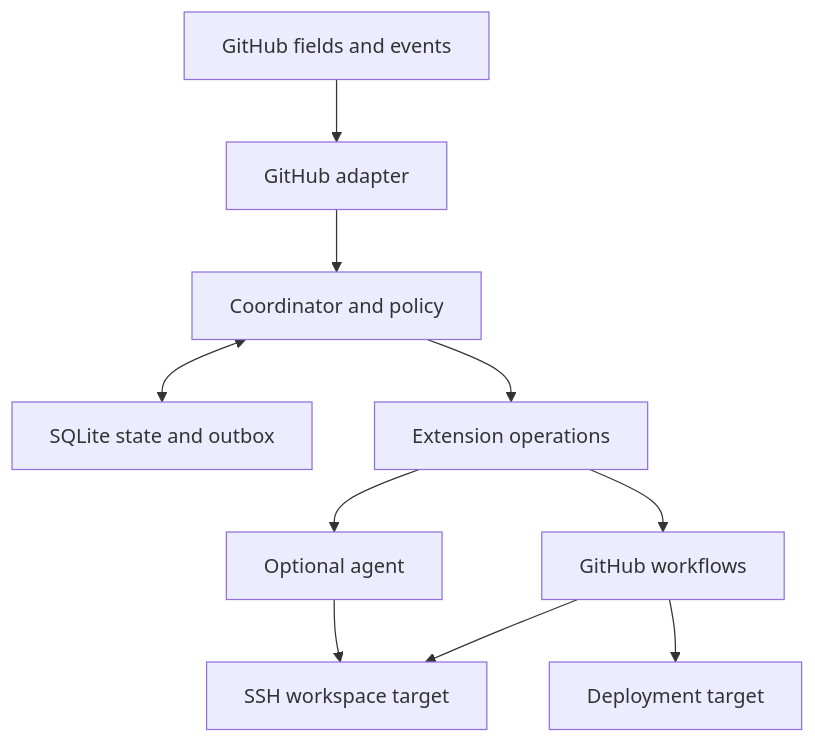
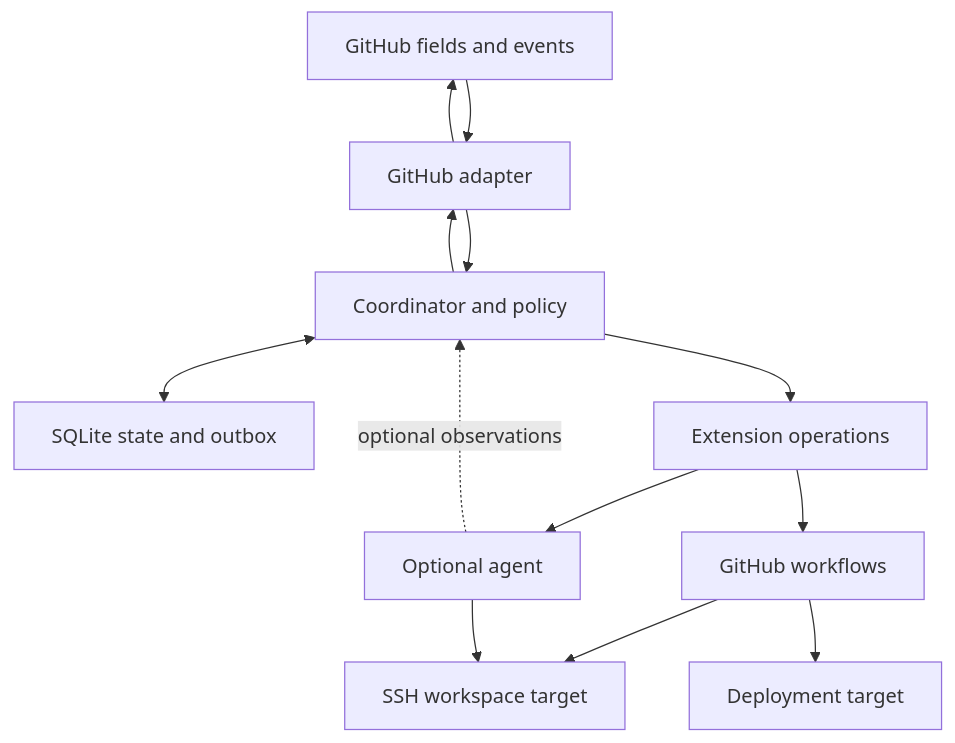
The diagram in docs/06-architecture.md (alex-engvall/labstride), drawn with Mermaid before and after one commit. The commit also changed other lines of this file and 21 other files, not shown here.

````diff
--- a/docs/06-architecture.md
+++ b/docs/06-architecture.md
@@ -9,12 +24,15 @@
 ```mermaid
 flowchart TD
   GH["GitHub fields and events"] --> AD["GitHub adapter"]
   AD --> CO["Coordinator and policy"]
   CO <--> DB["SQLite state and outbox"]
   CO --> EX["Extension operations"]
   EX --> WF["GitHub workflows"]
   EX --> AG["Optional agent"]
   WF --> SSH["SSH workspace target"]
   WF --> DP["Deployment target"]
   AG --> SSH
+  AG -. "optional observations" .-> CO
+  CO --> AD
+  AD --> GH
 ```
````
